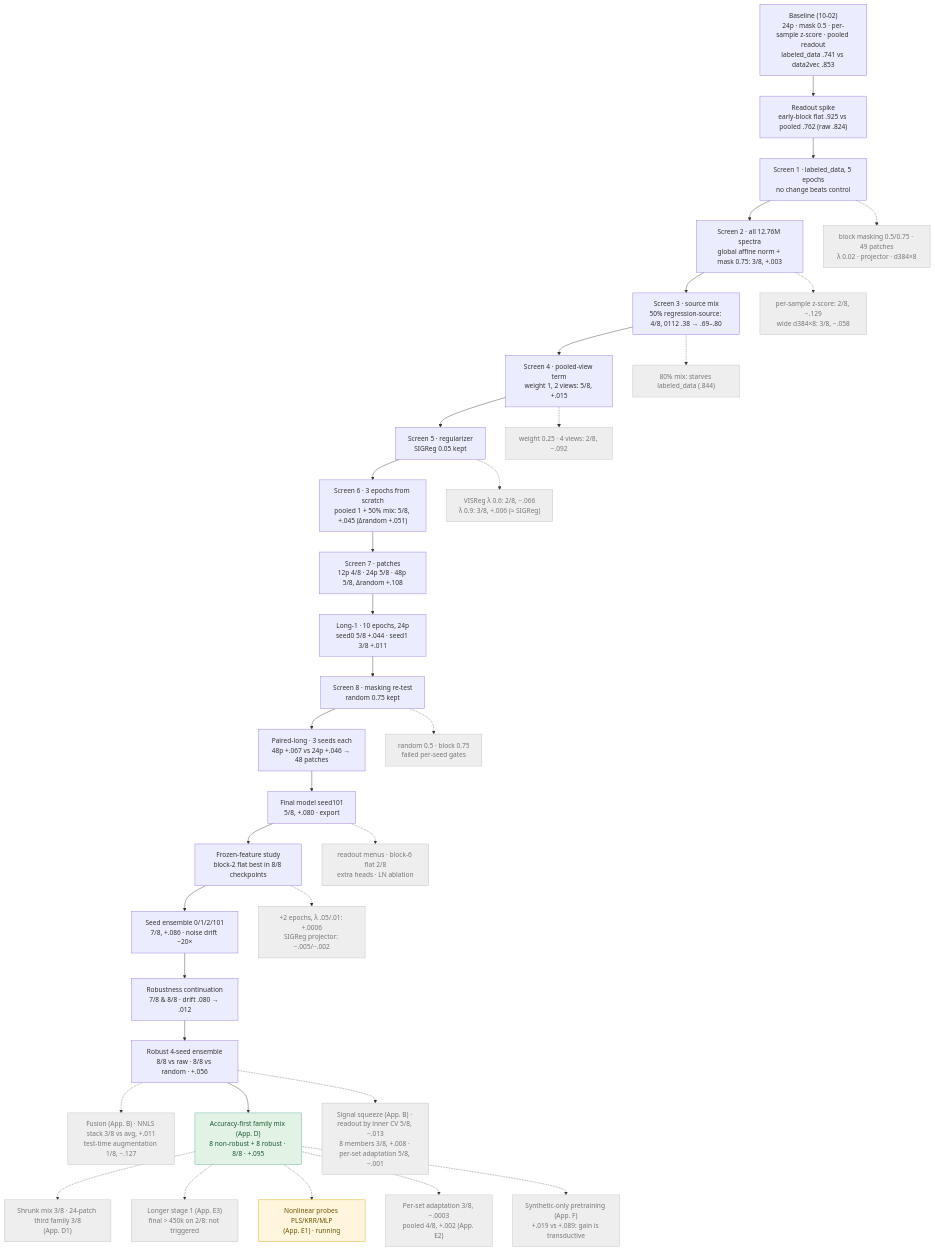
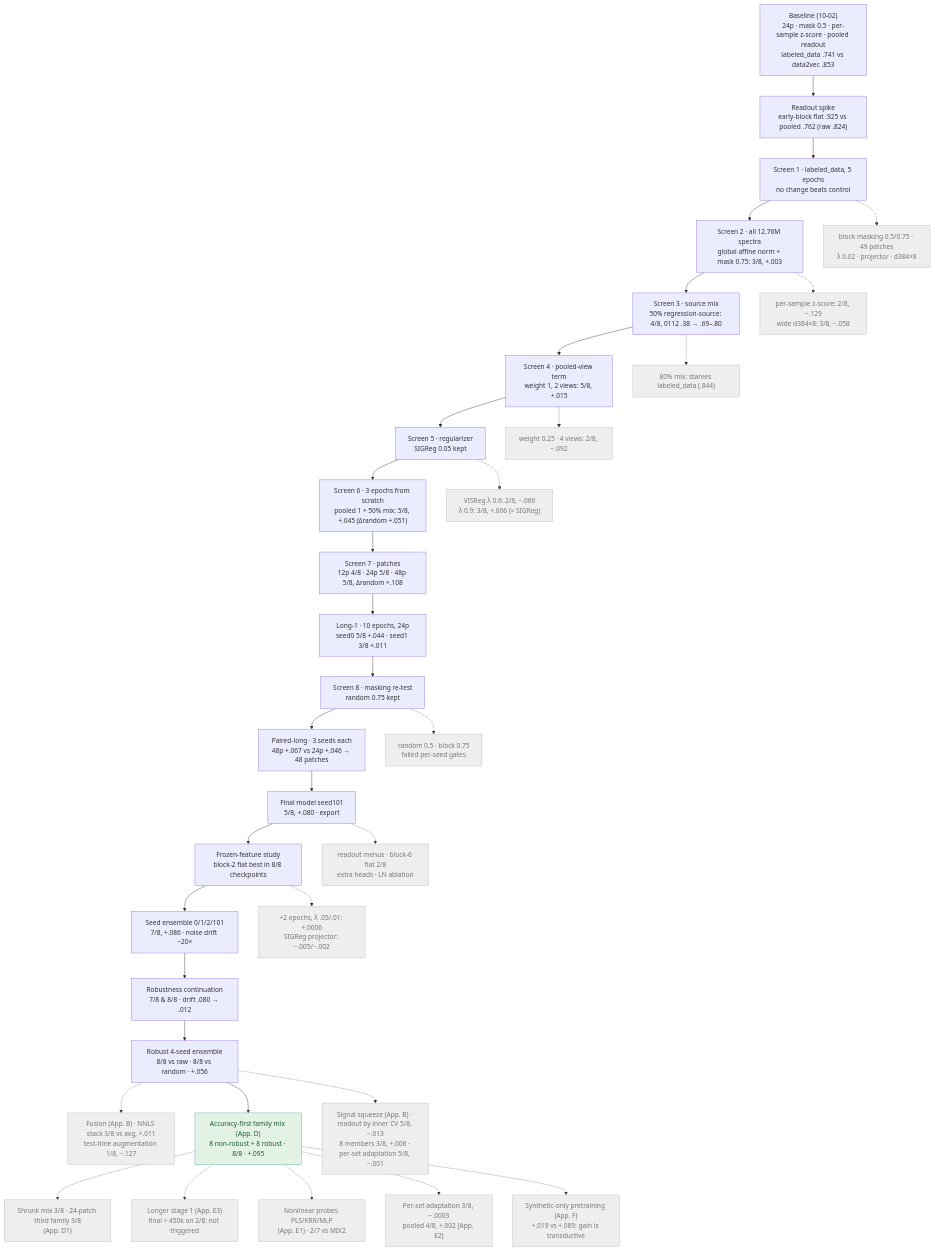
The fourth of 8 diagrams in docs/TRAINING_REPORT.md (h-cohen/SpectralFM-jepa), drawn with Mermaid before and after one commit. The commit also changed other lines of this file and 1 other file, not shown here.

First line of the commit message:
report: Appendix E1 (nonlinear probes: 2/7 vs MIX2, labeled_data stopped unfinished)

````diff
--- a/docs/TRAINING_REPORT.md
+++ b/docs/TRAINING_REPORT.md
@@ -145,42 +145,42 @@
 ```mermaid
 flowchart TB
     B0["Baseline (10-02)<br/>24p · mask 0.5 · per-sample z-score · pooled readout<br/>labeled_data .741 vs data2vec .853"] --> R0["Readout spike<br/>early-block flat .925 vs pooled .762 (raw .824)"]
     R0 --> S1["Screen 1 · labeled_data, 5 epochs<br/>no change beats control"]
     S1 --> S2["Screen 2 · all 12.76M spectra<br/>global affine norm + mask 0.75: 3/8, +.003"]
     S2 --> S3["Screen 3 · source mix<br/>50% regression-source: 4/8, 0112 .38 → .69–.80"]
     S3 --> S4["Screen 4 · pooled-view term<br/>weight 1, 2 views: 5/8, +.015"]
     S4 --> S5["Screen 5 · regularizer<br/>SIGReg 0.05 kept"]
     S5 --> S6["Screen 6 · 3 epochs from scratch<br/>pooled 1 + 50% mix: 5/8, +.045 (Δrandom +.051)"]
     S6 --> S7["Screen 7 · patches<br/>12p 4/8 · 24p 5/8 · 48p 5/8, Δrandom +.108"]
     S7 --> L1["Long-1 · 10 epochs, 24p<br/>seed0 5/8 +.044 · seed1 3/8 +.011"]
     L1 --> S8["Screen 8 · masking re-test<br/>random 0.75 kept"]
     S8 --> PL["Paired-long · 3 seeds each<br/>48p +.067 vs 24p +.046 → 48 patches"]
     PL --> FM["Final model seed101<br/>5/8, +.080 · export"]
     FM --> FF["Frozen-feature study<br/>block-2 flat best in 8/8 checkpoints"]
     FF --> SE["Seed ensemble 0/1/2/101<br/>7/8, +.086 · noise drift ~20×"]
     SE --> RC["Robustness continuation<br/>7/8 & 8/8 · drift .080 → .012"]
     RC --> RE["Robust 4-seed ensemble<br/>8/8 vs raw · 8/8 vs random · +.056"]
 
     S1 -.-> X1["block masking 0.5/0.75 · 49 patches<br/>λ 0.02 · projector · d384×8"]
     S2 -.-> X2["per-sample z-score: 2/8, −.129<br/>wide d384×8: 3/8, −.058"]
     S3 -.-> X3["80% mix: starves labeled_data (.844)"]
     S4 -.-> X4["weight 0.25 · 4 views: 2/8, −.092"]
     S5 -.-> X5["VISReg λ 0.6: 2/8, −.066<br/>λ 0.9: 3/8, +.006 (≈ SIGReg)"]
     S8 -.-> X8["random 0.5 · block 0.75<br/>failed per-seed gates"]
     FM -.-> X9["readout menus · block-6 flat 2/8<br/>extra heads · LN ablation"]
     FF -.-> X10["+2 epochs, λ .05/.01: +.0006<br/>SIGReg projector: −.005/−.002"]
     RE -.-> X11["Fusion (App. B) · NNLS stack 3/8 vs avg, +.011<br/>test-time augmentation 1/8, −.127"]
     RE --> AF["Accuracy-first family mix (App. D)<br/>8 non-robust + 8 robust · 8/8 · +.095"]
     AF -.-> X13["Shrunk mix 3/8 · 24-patch third family 3/8<br/>(App. D1)"]
     AF -.-> X14["Longer stage 1 (App. E3)<br/>final > 450k on 2/8: not triggered"]
-    AF -.-> P1["Nonlinear probes PLS/KRR/MLP<br/>(App. E1) · running"]
+    AF -.-> P1["Nonlinear probes PLS/KRR/MLP<br/>(App. E1) · 2/7 vs MIX2"]
     AF -.-> X15["Per-set adaptation 3/8, −.0003<br/>pooled 4/8, +.002 (App. E2)"]
     AF -.-> X16["Synthetic-only pretraining (App. F)<br/>+.019 vs +.089: gain is transductive"]
     RE -.-> X12["Signal squeeze (App. B) · readout by inner CV 5/8, −.013<br/>8 members 3/8, +.008 · per-set adaptation 5/8, −.001"]
     classDef drop fill:#eee,stroke:#bbb,color:#777
     classDef keep fill:#e2f2e5,stroke:#5a9,color:#1d5a32
     classDef pend fill:#fff6dd,stroke:#d9a400,color:#6b5200
     class X1,X2,X3,X4,X5,X8,X9,X10,X11,X12,X13,X14,X15,X16 drop
     class AF keep
-    class P1 pend
+    class P1 drop
 ```
````
